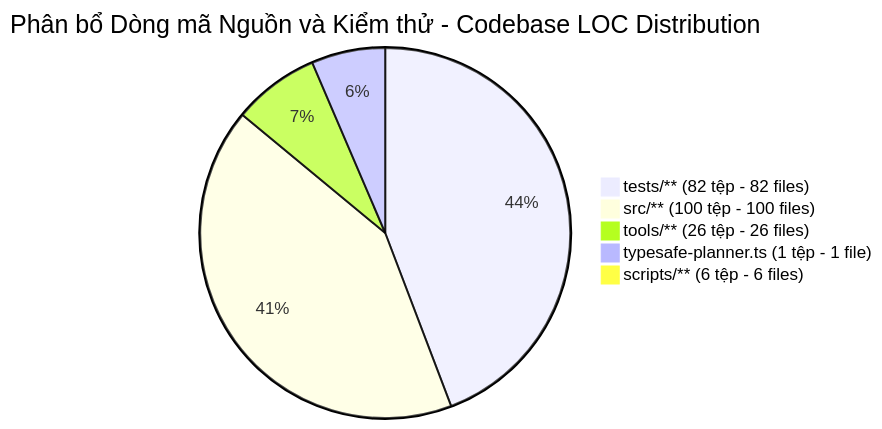
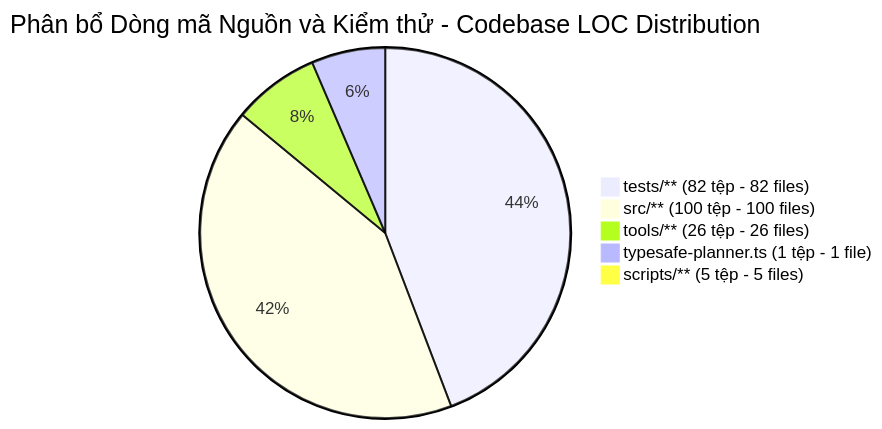
One commit to thanhnt-sm/omp_extension changed the first of 2 diagrams in docs/codebase-summary.md. Above: the diagram before and after it, drawn with Mermaid. The commit also changed other lines of this file and 42 other files, not shown here.

````diff
--- a/docs/codebase-summary.md
+++ b/docs/codebase-summary.md
@@ -20,8 +20,8 @@
 ```mermaid
 pie title Phân bổ Dòng mã Nguồn và Kiểm thử - Codebase LOC Distribution
     "tests/** (82 tệp - 82 files)" : 15898
     "src/** (100 tệp - 100 files)" : 15028
     "tools/** (26 tệp - 26 files)" : 2718
     "typesafe-planner.ts (1 tệp - 1 file)" : 2317
-    "scripts/** (6 tệp - 6 files)" : 282
+    "scripts/** (5 tệp - 5 files)" : 208
 ```
````
